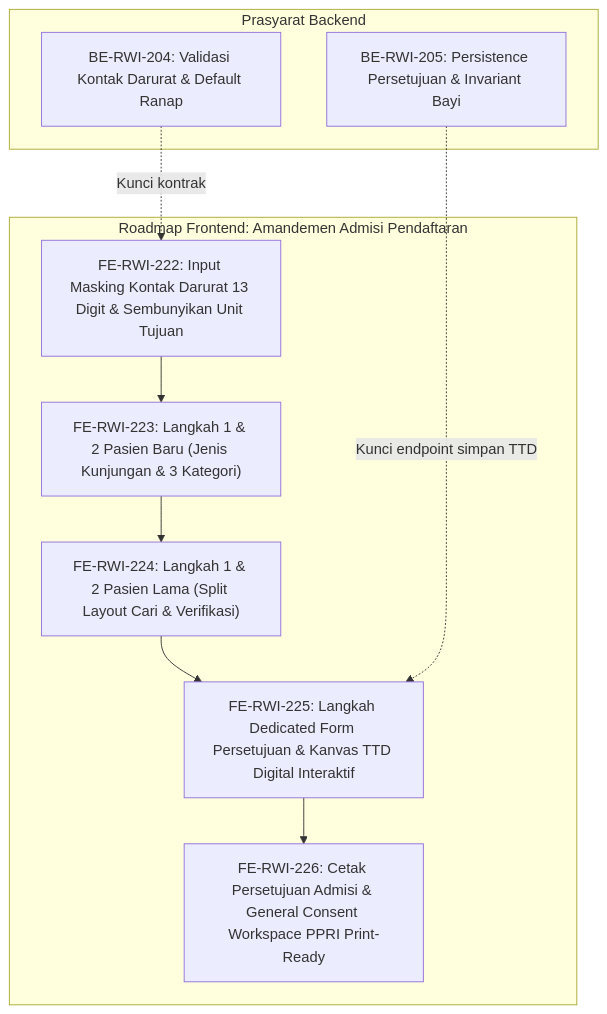
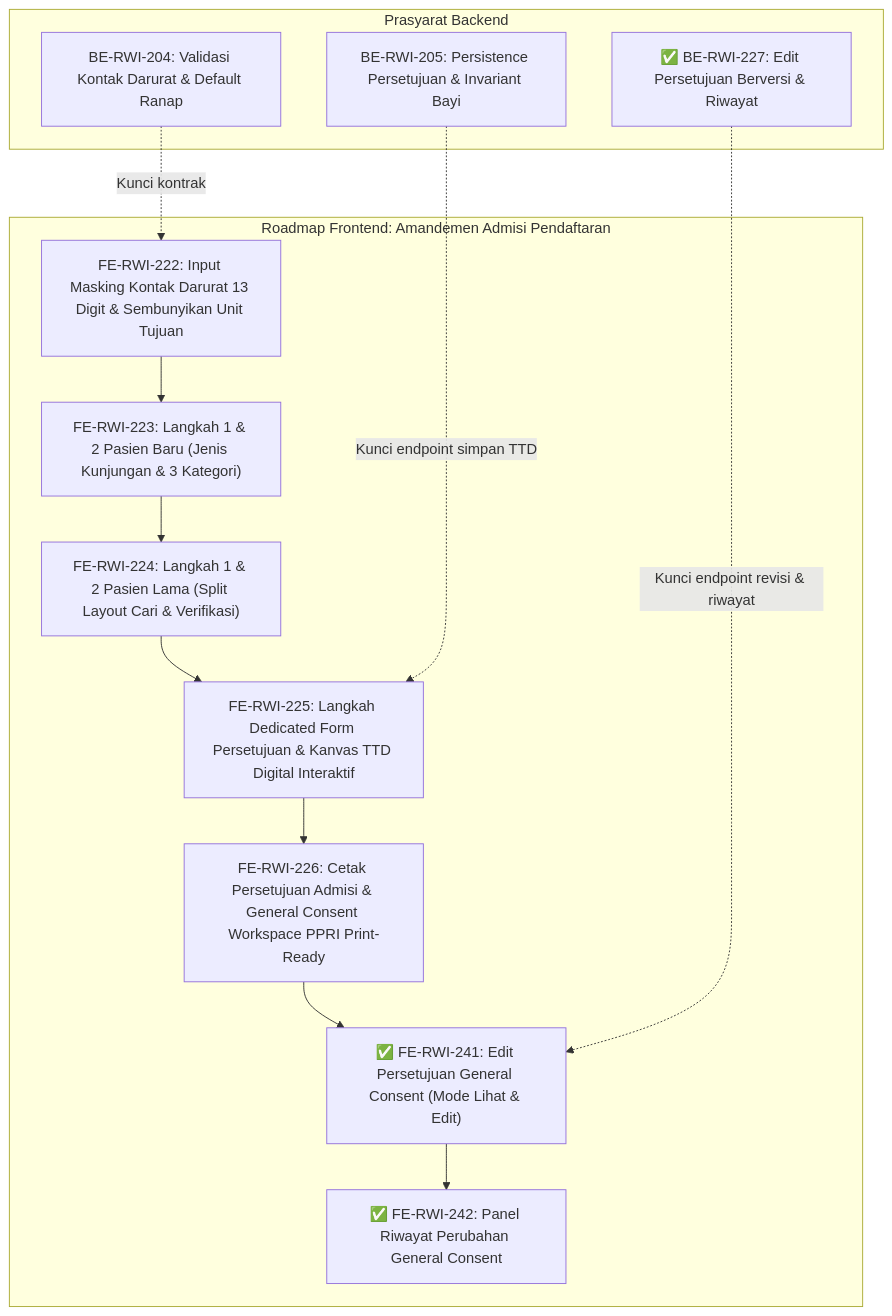
One commit to DevBenari/NewQuilvianSystemBackend changed the diagram in docs/module-blueprints/rawat-inap/episode-rawat-inap/roadmap/frontend-roadmap-admisi-pendaftaran.md. Above: the diagram before and after it, drawn with Mermaid. The commit also changed other lines of this file and 16 other files, not shown here.

First line of the commit message:
feat: Implement General Consent Edit and History Panel

````diff
--- a/docs/module-blueprints/rawat-inap/episode-rawat-inap/roadmap/frontend-roadmap-admisi-pendaftaran.md
+++ b/docs/module-blueprints/rawat-inap/episode-rawat-inap/roadmap/frontend-roadmap-admisi-pendaftaran.md
@@ -32,23 +32,29 @@
 ```mermaid
 flowchart TD
     subgraph backendPrereq[Prasyarat Backend]
         BE204["BE-RWI-204: Validasi Kontak Darurat & Default Ranap"]
         BE205["BE-RWI-205: Persistence Persetujuan & Invariant Bayi"]
+        BE227["✅ BE-RWI-227: Edit Persetujuan Berversi & Riwayat"]
     end
 
     subgraph frontend[Roadmap Frontend: Amandemen Admisi Pendaftaran]
         FE222["FE-RWI-222: Input Masking Kontak Darurat 13 Digit & Sembunyikan Unit Tujuan"]
         FE223["FE-RWI-223: Langkah 1 & 2 Pasien Baru (Jenis Kunjungan & 3 Kategori)"]
         FE224["FE-RWI-224: Langkah 1 & 2 Pasien Lama (Split Layout Cari & Verifikasi)"]
         FE225["FE-RWI-225: Langkah Dedicated Form Persetujuan & Kanvas TTD Digital Interaktif"]
         FE226["FE-RWI-226: Cetak Persetujuan Admisi & General Consent Workspace PPRI Print-Ready"]
+        FE241["✅ FE-RWI-241: Edit Persetujuan General Consent (Mode Lihat & Edit)"]
+        FE242["✅ FE-RWI-242: Panel Riwayat Perubahan General Consent"]
 
         FE222 --> FE223
         FE223 --> FE224
         FE224 --> FE225
         FE225 --> FE226
+        FE226 --> FE241
+        FE241 --> FE242
     end
 
     BE204 -.->|Kunci kontrak| FE222
     BE205 -.->|Kunci endpoint simpan TTD| FE225
+    BE227 -.->|Kunci endpoint revisi & riwayat| FE241
 ```
````
